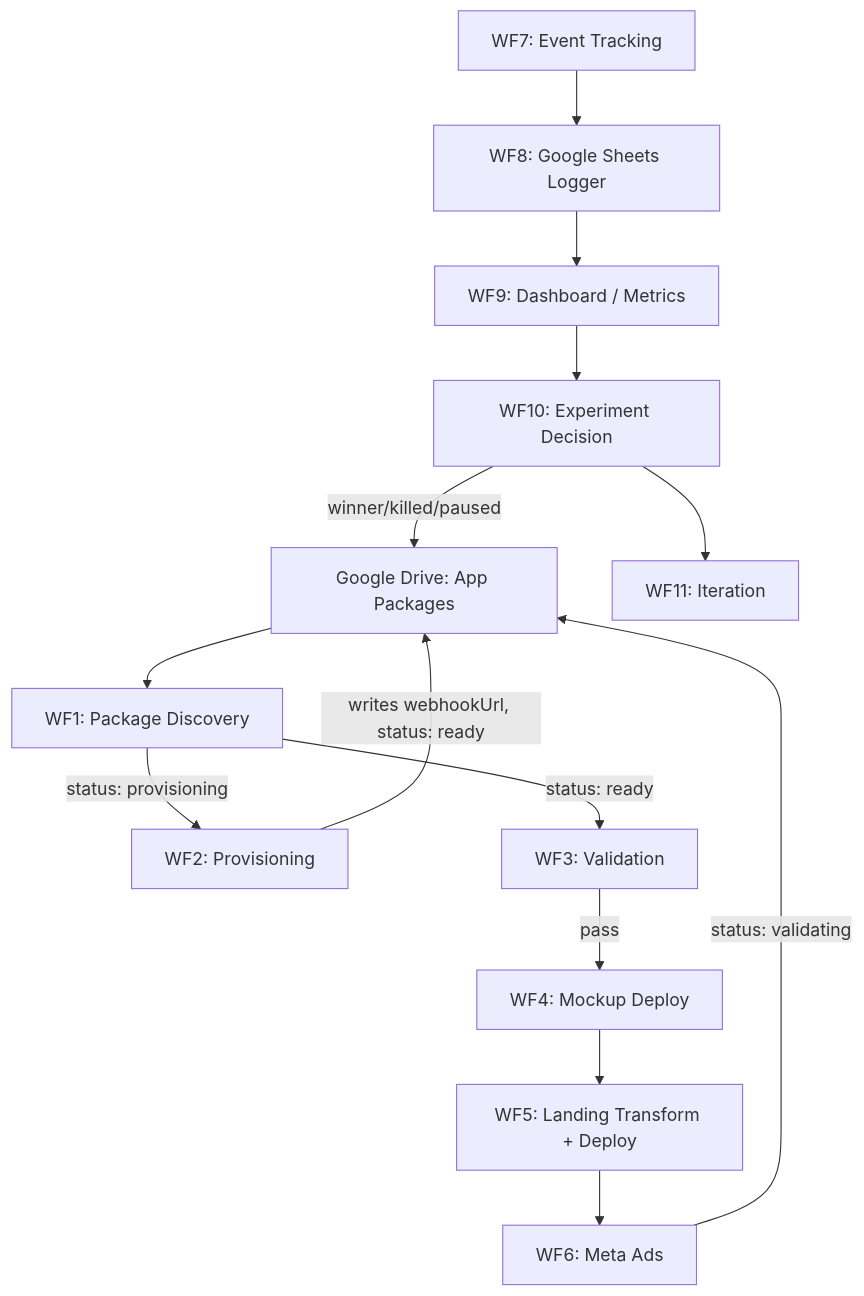
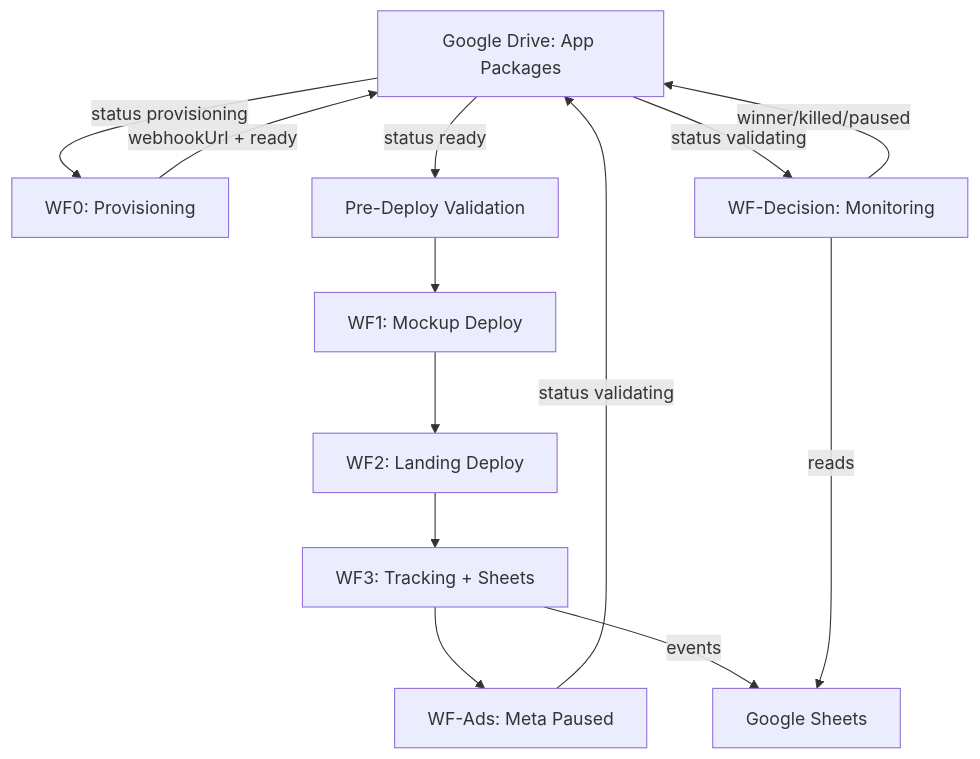
The diagram in AI_IMPLEMENTATION_GUIDE.md (scootero/App-Validation-System), drawn with Mermaid before and after one commit. The commit also changed other lines of this file and 11 other files, not shown here.

````diff
--- a/AI_IMPLEMENTATION_GUIDE.md
+++ b/AI_IMPLEMENTATION_GUIDE.md
@@ -281,29 +282,24 @@
 ```mermaid
 flowchart TD
   drive[Google Drive: App Packages]
-  discover[WF1: Package Discovery]
-  provision[WF2: Provisioning]
-  validate[WF3: Validation]
-  mockupDeploy[WF4: Mockup Deploy]
-  landingGen[WF5: Landing Transform + Deploy]
-  ads[WF6: Meta Ads]
-  track[WF7: Event Tracking]
-  sheets[WF8: Google Sheets Logger]
-  dashboard[WF9: Dashboard / Metrics]
-  decide[WF10: Experiment Decision]
-  iterate[WF11: Iteration]
+  WF0[WF0: Provisioning]
+  gate[Pre-Deploy Validation]
+  WF1[WF1: Mockup Deploy]
+  WF2[WF2: Landing Deploy]
+  WF3[WF3: Tracking + Sheets]
+  WFAds[WF-Ads: Meta Paused]
+  WFDec[WF-Decision: Monitoring]
 
-  drive --> discover
-  discover -->|status: provisioning| provision
-  discover -->|status: ready| validate
-  provision -->|writes webhookUrl, status: ready| drive
-  validate -->|pass| mockupDeploy
-  mockupDeploy --> landingGen
-  landingGen --> ads
-  ads -->|status: validating| drive
-  track --> sheets
-  sheets --> dashboard
-  dashboard --> decide
-  decide -->|winner/killed/paused| drive
-  decide --> iterate
+  drive -->|status provisioning| WF0
+  WF0 -->|webhookUrl + ready| drive
+  drive -->|status ready| gate
+  gate --> WF1
+  WF1 --> WF2
+  WF2 --> WF3
+  WF3 --> WFAds
+  WFAds -->|status validating| drive
+  drive -->|status validating| WFDec
+  WFDec -->|winner/killed/paused| drive
+  WF3 -->|events| sheets[Google Sheets]
+  WFDec -->|reads| sheets
 ```
````
